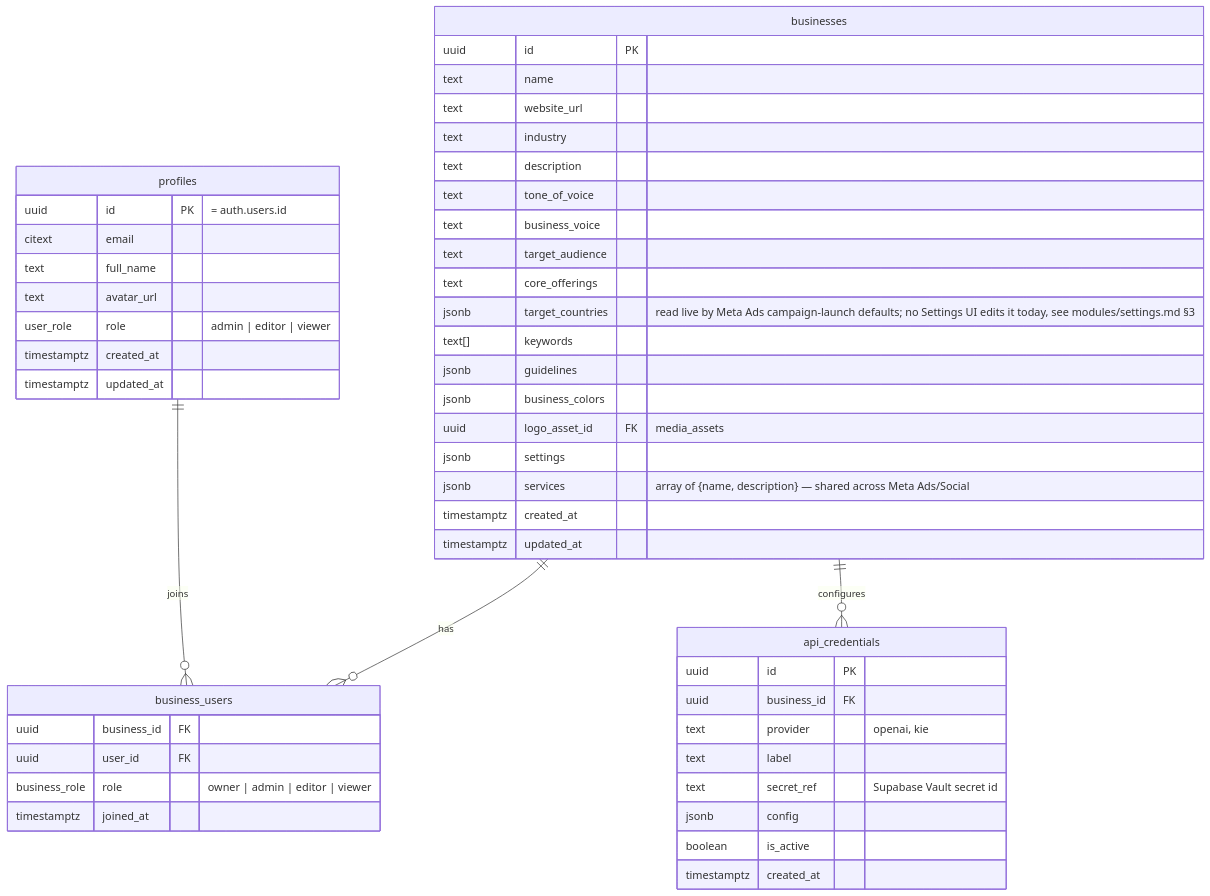
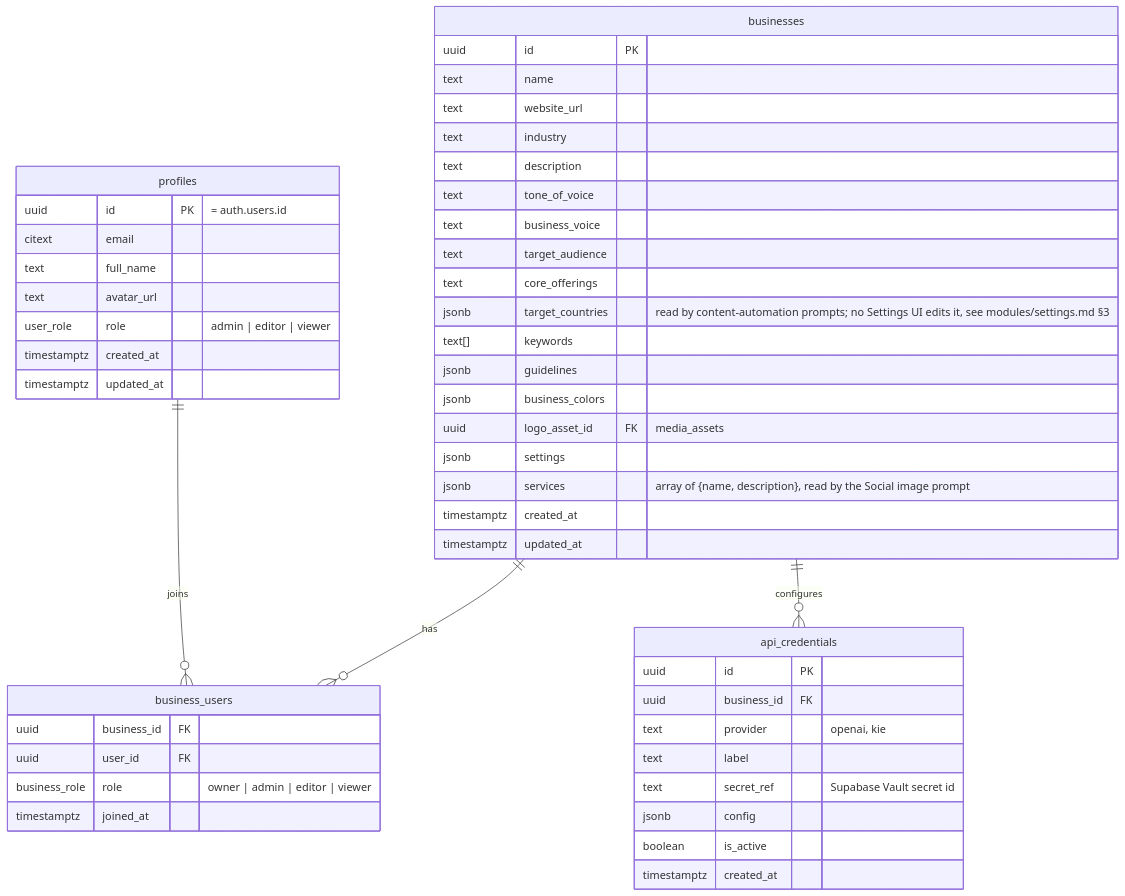
One commit to Aumatic-AI/kangroo-Kinetix changed the first of 3 diagrams in docs/architecture/database_schema.md. Above: the diagram before and after it, drawn with Mermaid. The commit also changed other lines of this file and 7 other files, not shown here.

````diff
--- a/docs/architecture/database_schema.md
+++ b/docs/architecture/database_schema.md
@@ -17,55 +17,55 @@
 ```mermaid
 erDiagram
     profiles ||--o{ business_users : "joins"
     businesses ||--o{ business_users : "has"
     businesses ||--o{ api_credentials : "configures"
 
     profiles {
         uuid id PK "= auth.users.id"
         citext email
         text full_name
         text avatar_url
         user_role role "admin | editor | viewer"
         timestamptz created_at
         timestamptz updated_at
     }
 
     businesses {
         uuid id PK
         text name
         text website_url
         text industry
         text description
         text tone_of_voice
         text business_voice
         text target_audience
         text core_offerings
-        jsonb target_countries "read live by Meta Ads campaign-launch defaults; no Settings UI edits it today, see modules/settings.md §3"
+        jsonb target_countries "read by content-automation prompts; no Settings UI edits it, see modules/settings.md §3"
         text[] keywords
         jsonb guidelines
         jsonb business_colors
         uuid logo_asset_id FK "media_assets"
         jsonb settings
-        jsonb services "array of {name, description} — shared across Meta Ads/Social"
+        jsonb services "array of {name, description}, read by the Social image prompt"
         timestamptz created_at
         timestamptz updated_at
     }
 
     business_users {
         uuid business_id FK
         uuid user_id FK
         business_role role "owner | admin | editor | viewer"
         timestamptz joined_at
     }
 
     api_credentials {
         uuid id PK
         uuid business_id FK
         text provider "openai, kie"
         text label
         text secret_ref "Supabase Vault secret id"
         jsonb config
         boolean is_active
         timestamptz created_at
     }
 ```
````
